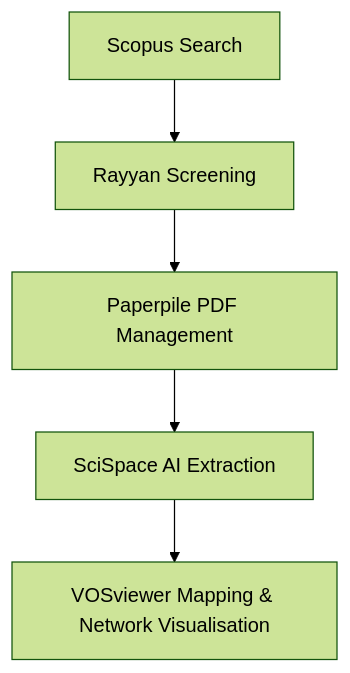
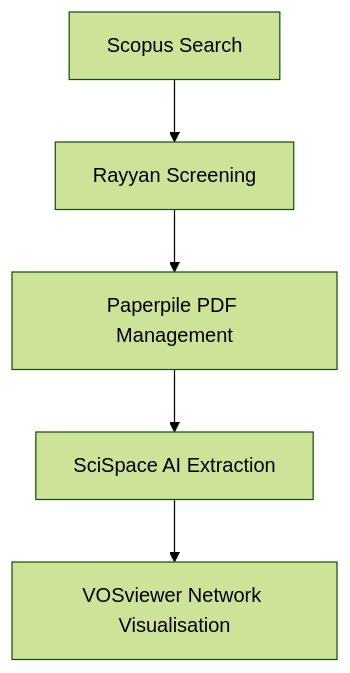
Before and after one commit to Narmilan-A/Systematic-Review-Toolkit: the diagram in readme.md, drawn with Mermaid (forest theme).

````diff
--- a/readme.md
+++ b/readme.md
@@ -24,7 +24,7 @@
 ```mermaid
 graph TD
     A[Scopus Search] --> B[Rayyan Screening]
     B --> C[Paperpile PDF Management]
     C --> D[SciSpace AI Extraction]
-    D --> E[VOSviewer Mapping & Network Visualisation]
+    D --> E[VOSviewer Network Visualisation]
 ```
````
